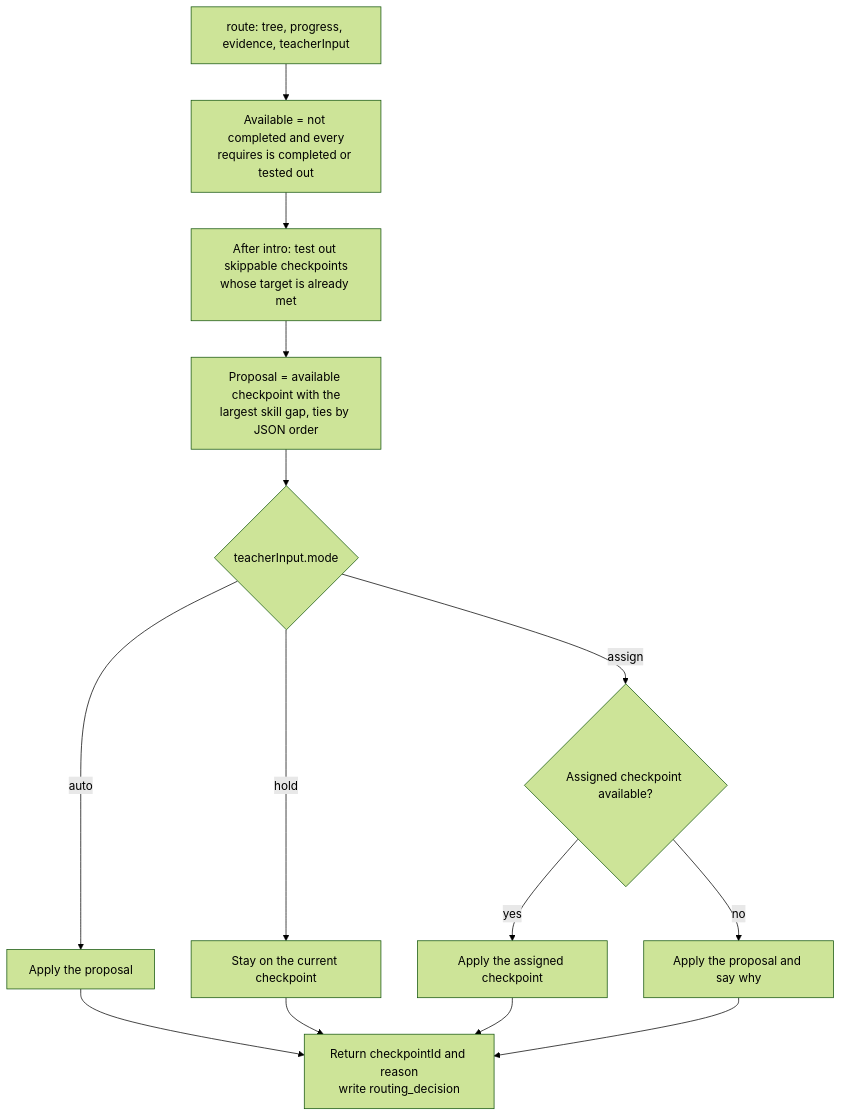
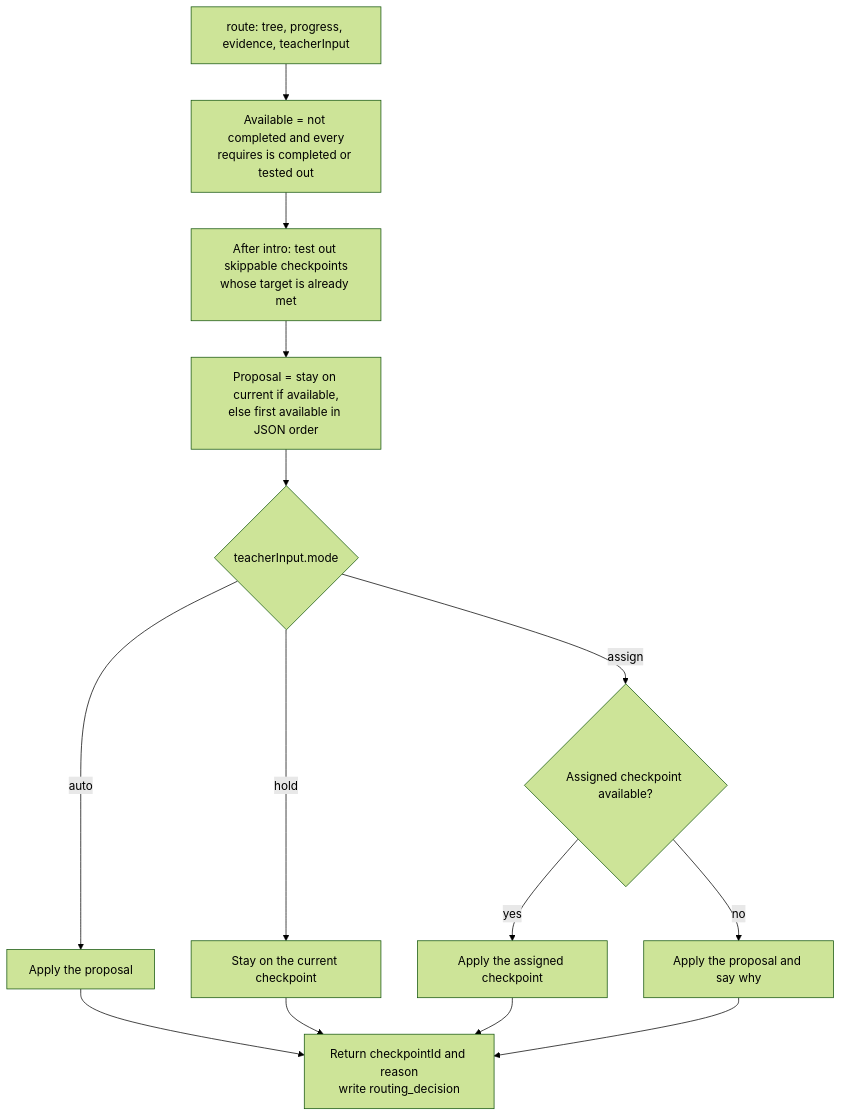
Before and after one commit to naren-chakraview/breaking-barriers-team-10-codai: the fifth of 14 diagrams in docs/architecture/architecture.md, drawn with Mermaid (forest theme). The commit also changed other lines of this file and 4 other files, not shown here.

Commit message:
Routing: stay-on-current selection (issue #24 q2); fix distracted-detail persona; update C-19.3

````diff
--- a/docs/architecture/architecture.md
+++ b/docs/architecture/architecture.md
@@ -389,16 +390,16 @@
 ```mermaid
 flowchart TD
   S["route: tree, progress, evidence, teacherInput"] --> A["Available = not completed and every<br/>requires is completed or tested out"]
   A --> T["After intro: test out skippable checkpoints<br/>whose target is already met"]
-  T --> P["Proposal = available checkpoint with the<br/>largest skill gap, ties by JSON order"]
+  T --> P["Proposal = stay on current if available,<br/>else first available in JSON order"]
   P --> M{"teacherInput.mode"}
   M -- "auto" --> R1["Apply the proposal"]
   M -- "hold" --> R2["Stay on the current checkpoint"]
   M -- "assign" --> AV{"Assigned checkpoint available?"}
   AV -- "yes" --> R3["Apply the assigned checkpoint"]
   AV -- "no" --> R4["Apply the proposal and say why"]
   R1 --> OUT["Return checkpointId and reason<br/>write routing_decision"]
   R2 --> OUT
   R3 --> OUT
   R4 --> OUT
 ```
````
